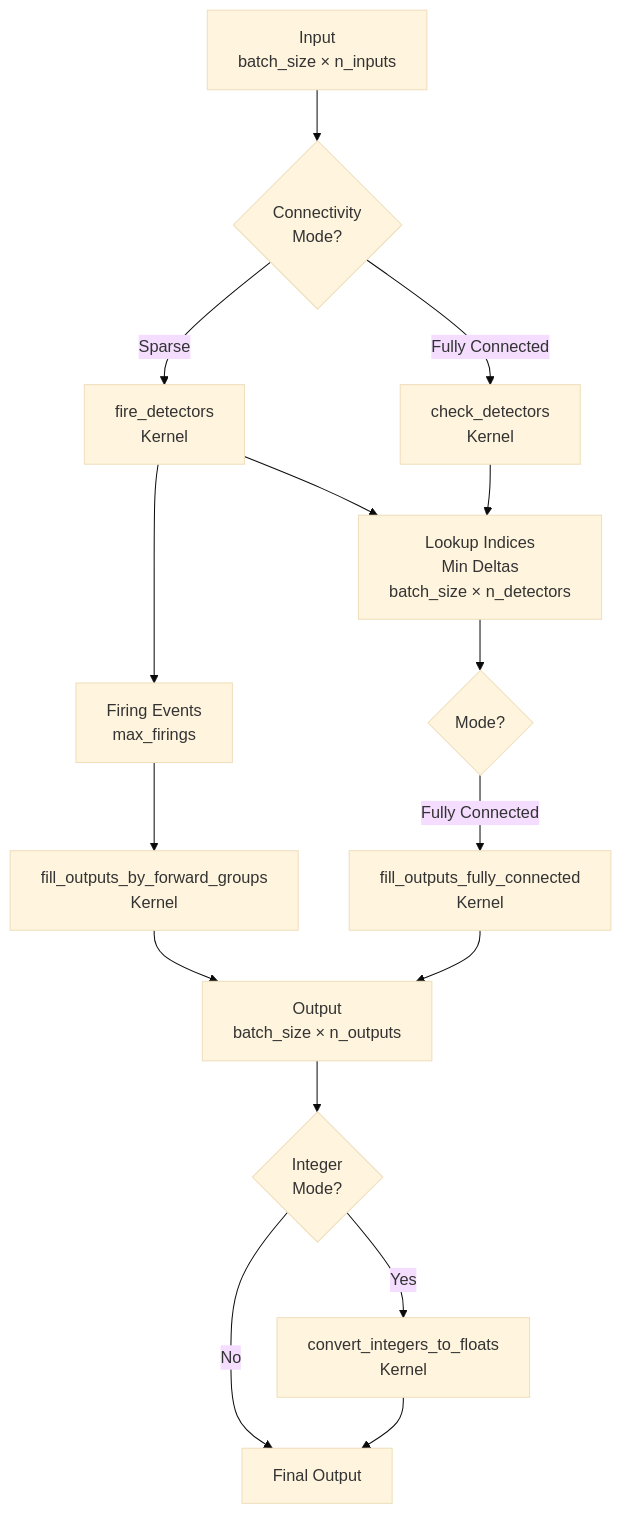
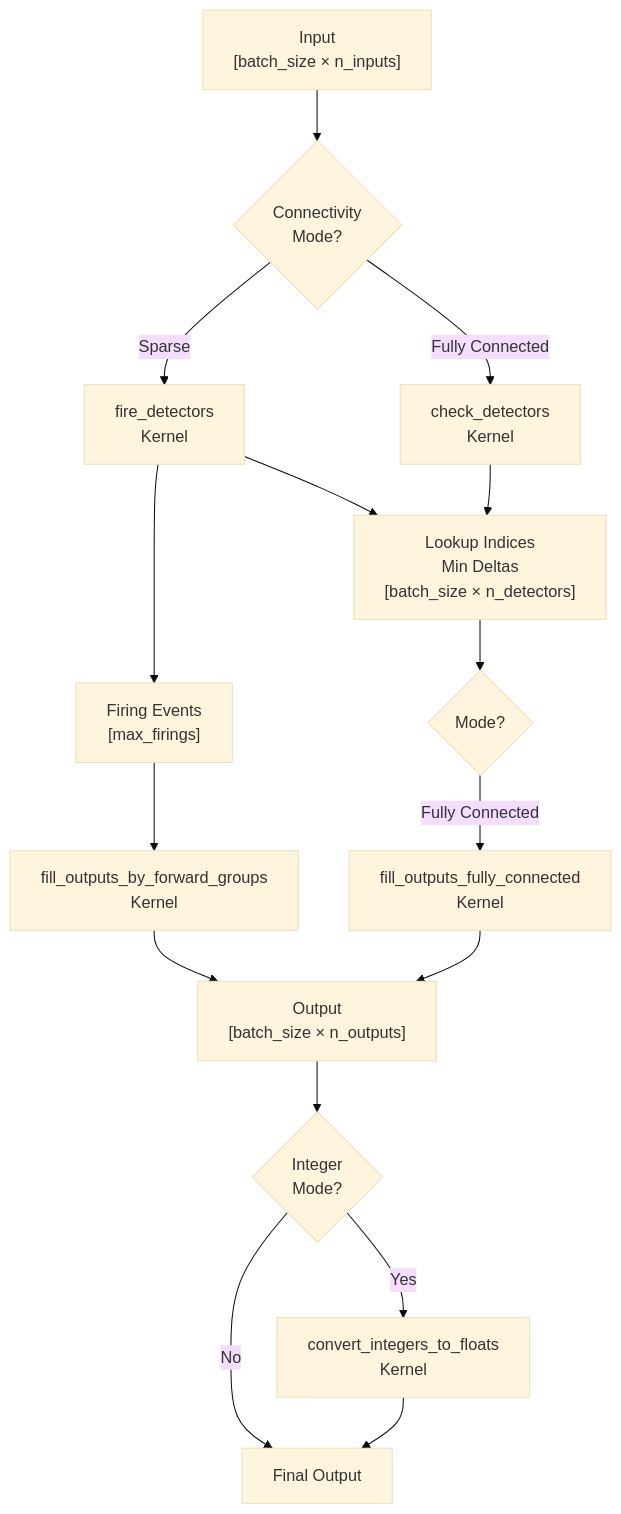
One commit to anatoli-starostin/spiky changed the first of 5 diagrams in spiky_cuda/lut/doc/LUT_RUNTIME_DATA_FLOW.md. Above: the diagram before and after it, drawn with Mermaid (base theme). The commit also changed other lines of this file, not shown here.

````diff
--- a/spiky_cuda/lut/doc/LUT_RUNTIME_DATA_FLOW.md
+++ b/spiky_cuda/lut/doc/LUT_RUNTIME_DATA_FLOW.md
@@ -9,23 +9,23 @@
 ```mermaid
 flowchart TD
-    A[Input<br/>batch_size × n_inputs] --> B{Connectivity<br/>Mode?}
+    A["Input<br/>[batch_size × n_inputs]"] --> B{Connectivity<br/>Mode?}
     B -->|Sparse| C[fire_detectors<br/>Kernel]
     B -->|Fully Connected| D[check_detectors<br/>Kernel]
     
-    C --> E[Lookup Indices<br/>Min Deltas<br/>batch_size × n_detectors]
-    C --> F[Firing Events<br/>max_firings]
+    C --> E["Lookup Indices<br/>Min Deltas<br/>[batch_size × n_detectors]"]
+    C --> F["Firing Events<br/>[max_firings]"]
     
     D --> E
     
     E --> G{Mode?}
     F --> H[fill_outputs_by_forward_groups<br/>Kernel]
     G -->|Fully Connected| I[fill_outputs_fully_connected<br/>Kernel]
     
-    H --> J[Output<br/>batch_size × n_outputs]
+    H --> J["Output<br/>[batch_size × n_outputs]"]
     I --> J
     
     J --> K{Integer<br/>Mode?}
     K -->|Yes| L[convert_integers_to_floats<br/>Kernel]
     K -->|No| M[Final Output]
     L --> M
 ```
````
